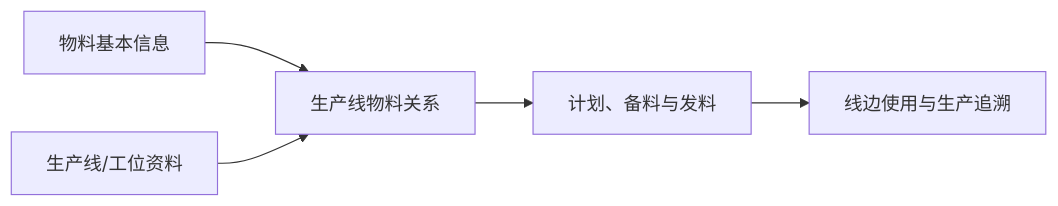
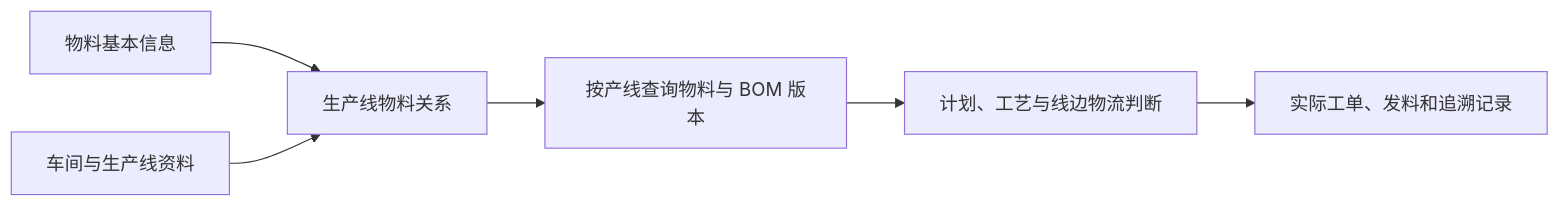
The diagram in docs/04-DBC-主数据管理/01-物料管理/06-生产线物料关系管理.md (jiargcn/MomProductDocument), drawn with Mermaid before and after one commit. The commit also changed other lines of this file and 9 other files, not shown here.

````diff
--- a/docs/04-DBC-主数据管理/01-物料管理/06-生产线物料关系管理.md
+++ b/docs/04-DBC-主数据管理/01-物料管理/06-生产线物料关系管理.md
@@ -16,7 +24,8 @@
 ```mermaid
 flowchart LR
     A["物料基本信息"] --> C["生产线物料关系"]
-    B["生产线/工位资料"] --> C
-    C --> D["计划、备料与发料"]
-    D --> E["线边使用与生产追溯"]
+    B["车间与生产线资料"] --> C
+    C --> D["按产线查询物料与 BOM 版本"]
+    D --> E["计划、工艺与线边物流判断"]
+    E --> F["实际工单、发料和追溯记录"]
 ```
````
